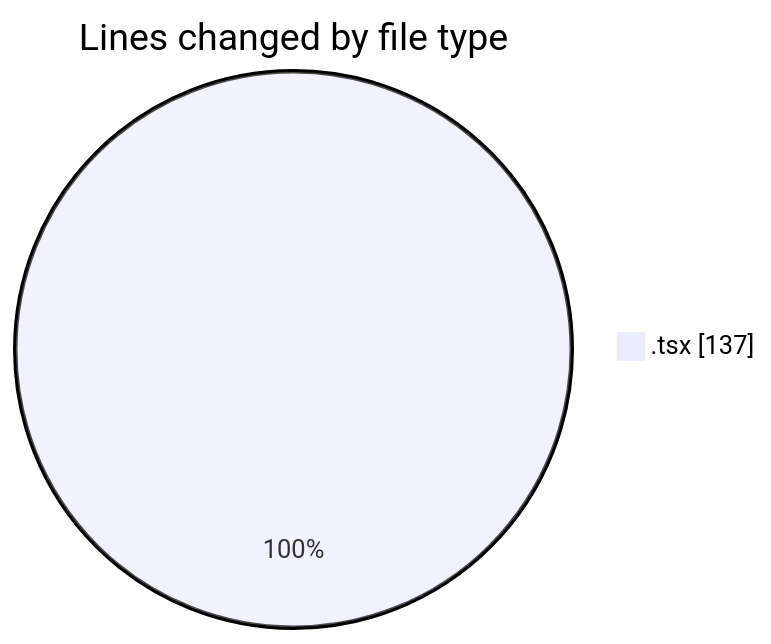
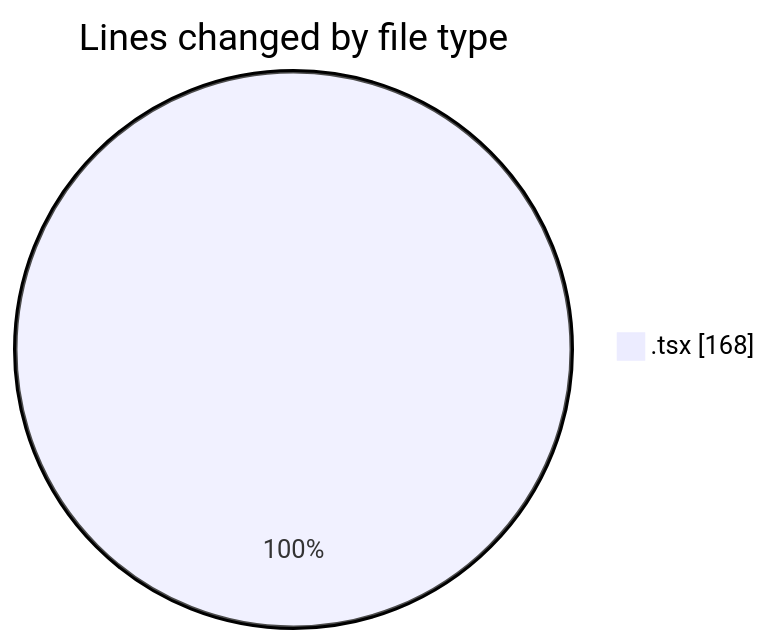
The first of 2 diagrams in 2025-10-10/eventscop-frontend-guide__workspace_/README.md (julien-gomy/code-tracking), drawn with Mermaid before and after one commit. The commit also changed other lines of this file and 1 other file, not shown here.

````diff
--- a/2025-10-10/eventscop-frontend-guide__workspace_/README.md
+++ b/2025-10-10/eventscop-frontend-guide__workspace_/README.md
@@ -21,5 +21,5 @@
 ```mermaid
 pie showData
 title Lines changed by file type
-".tsx" : 137
+".tsx" : 168
 ```
````
